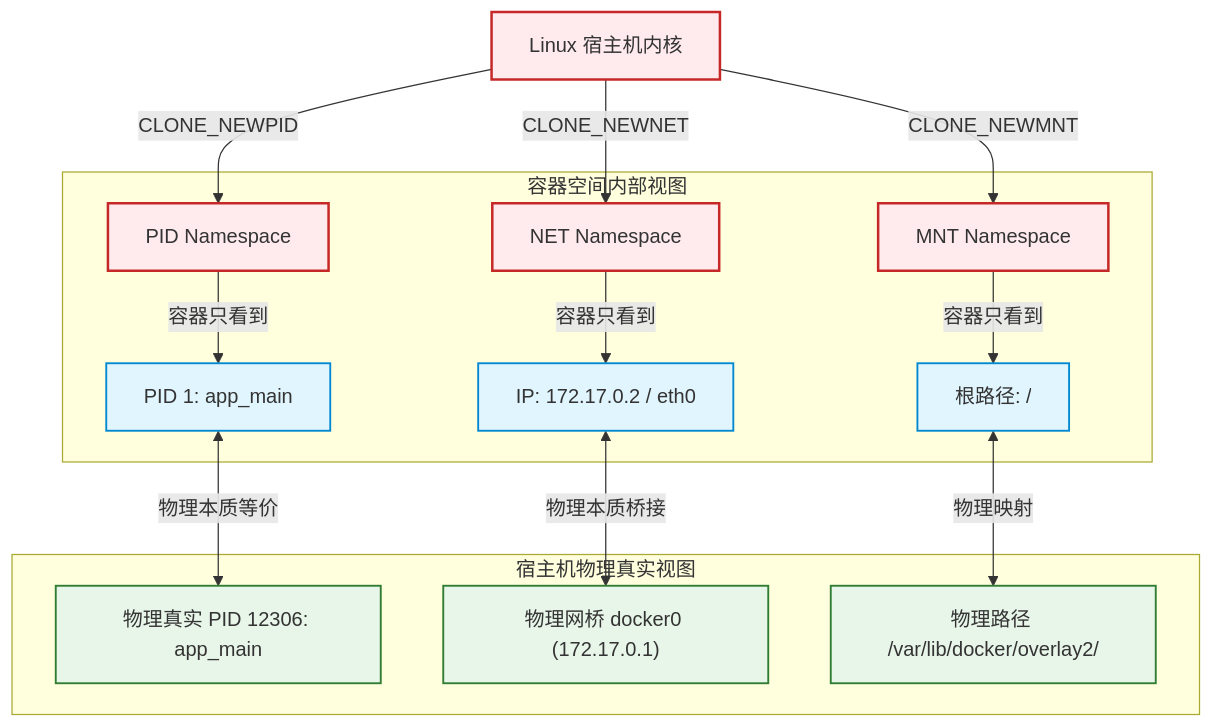
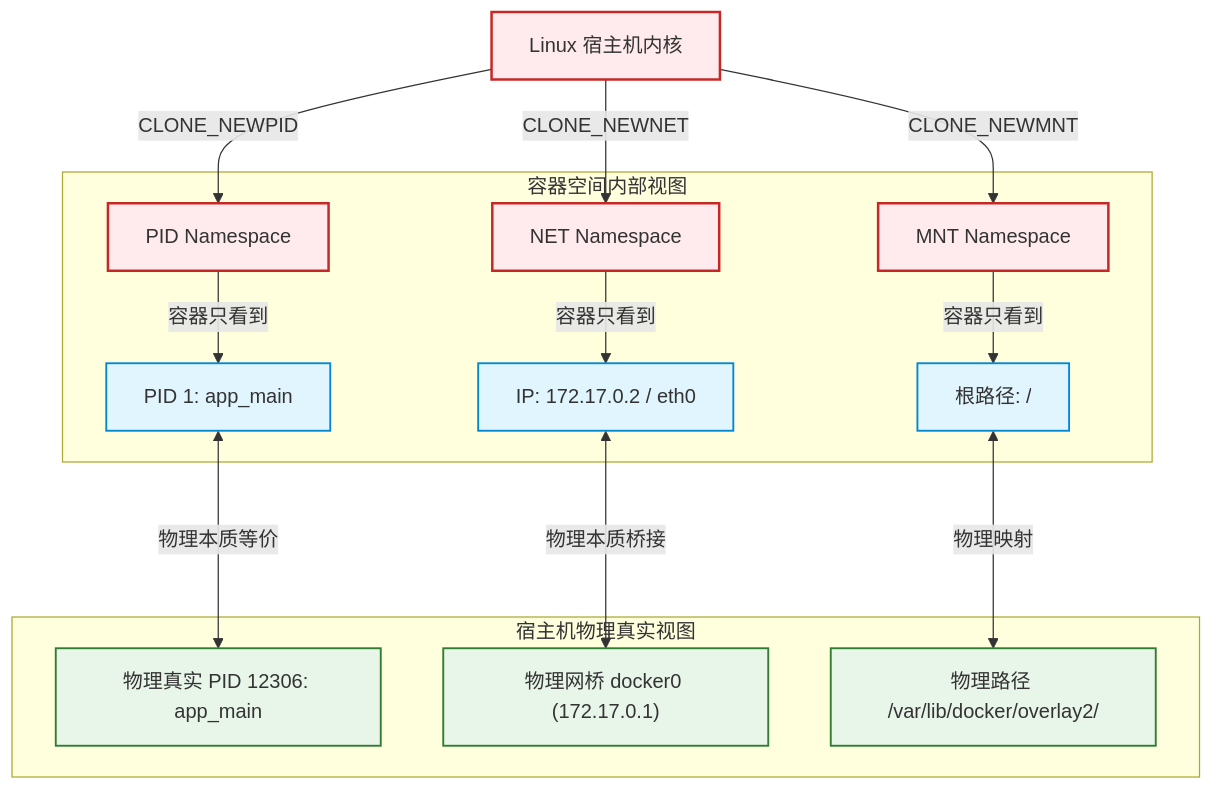
Before and after one commit to koosai/AI-Architect-Learning: the fourth of 8 diagrams in docs/atlas/docker.mdx, drawn with Mermaid. The commit also changed other lines of this file and 68 other files, not shown here.

Commit message:
fix(atlas): fix browser client-side Mermaid rendering for mindmaps and flowcharts across 67 case studies

````diff
--- a/docs/atlas/docker.mdx
+++ b/docs/atlas/docker.mdx
@@ -197,26 +197,26 @@
 ```mermaid
 graph TD
   classDef kernel fill:#ffebee,stroke:#c62828,stroke-width:2px;
   classDef container fill:#e1f5fe,stroke:#0288d1,stroke-width:1.5px;
   classDef host fill:#e8f5e9,stroke:#2e7d32,stroke-width:1.5px;
 
   HostKernel["Linux 宿主机内核"]:::kernel -->|CLONE_NEWPID| PID_NS["PID Namespace"]:::kernel
   HostKernel -->|CLONE_NEWNET| NET_NS["NET Namespace"]:::kernel
   HostKernel -->|CLONE_NEWMNT| MNT_NS["MNT Namespace"]:::kernel
 
   subgraph ContainerNamespace ["容器空间内部视图"]
     PID_NS -->|容器只看到| AppProc["PID 1: app_main"]:::container
     NET_NS -->|容器只看到| Eth0["IP: 172.17.0.2 / eth0"]:::container
     MNT_NS -->|容器只看到| RootPath["根路径: /"]:::container
   end
 
   subgraph HostNamespace ["宿主机物理真实视图"]
     RealPID["物理真实 PID 12306: app_main"]:::host
     RealBridge["物理网桥 docker0 (172.17.0.1)"]:::host
     RealStorage["物理路径 /var/lib/docker/overlay2/"]:::host
   end
 
-  AppProc <-->|物理本质等价| RealPID
-  Eth0 <-->|物理本质桥接| RealBridge
-  RootPath <-->|物理映射| RealStorage
+  AppProc <--->|物理本质等价| RealPID
+  Eth0 <--->|物理本质桥接| RealBridge
+  RootPath <--->|物理映射| RealStorage
 ```
````
